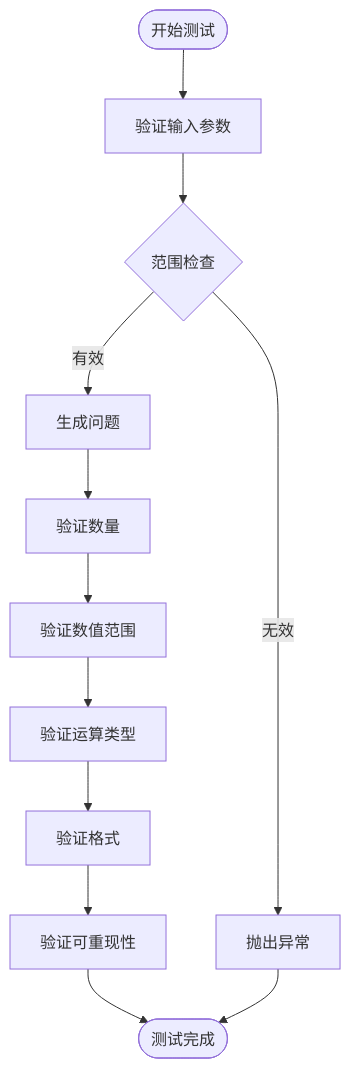
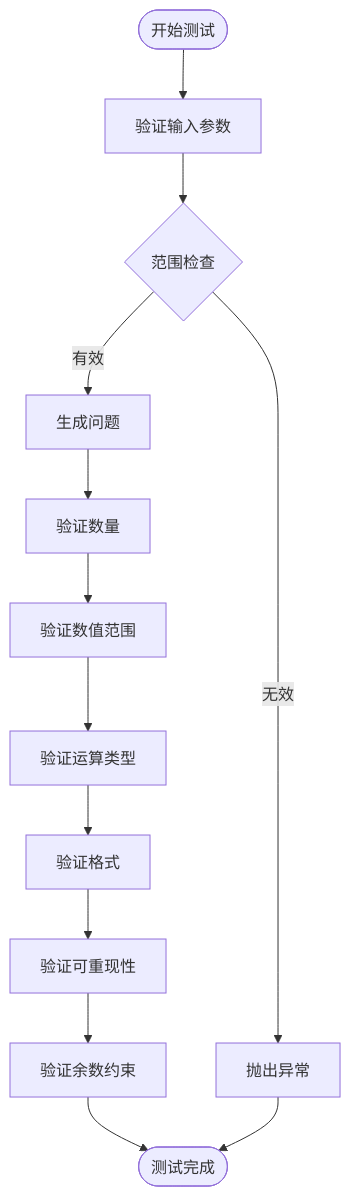
Before and after one commit to SimonWHL/math-learning: the fourth of 12 diagrams in .qoder/repowiki/zh/content/开发指南/测试框架.md, drawn with Mermaid. The commit also changed other lines of this file and 17 other files, not shown here.

````diff
--- a/.qoder/repowiki/zh/content/开发指南/测试框架.md
+++ b/.qoder/repowiki/zh/content/开发指南/测试框架.md
@@ -186,14 +224,15 @@
 ```mermaid
 flowchart TD
 Start([开始测试]) --> ValidateInput["验证输入参数"]
 ValidateInput --> RangeCheck{"范围检查"}
 RangeCheck --> |有效| GenerateProblems["生成问题"]
 RangeCheck --> |无效| RaiseError["抛出异常"]
 GenerateProblems --> VerifyCount["验证数量"]
 VerifyCount --> VerifyRange["验证数值范围"]
 VerifyRange --> VerifyOperations["验证运算类型"]
 VerifyOperations --> VerifyFormat["验证格式"]
 VerifyFormat --> VerifyReproducibility["验证可重现性"]
-VerifyReproducibility --> End([测试完成])
+VerifyReproducibility --> VerifyRemainder["验证余数约束"]
+VerifyRemainder --> End([测试完成])
 RaiseError --> End
 ```
````
